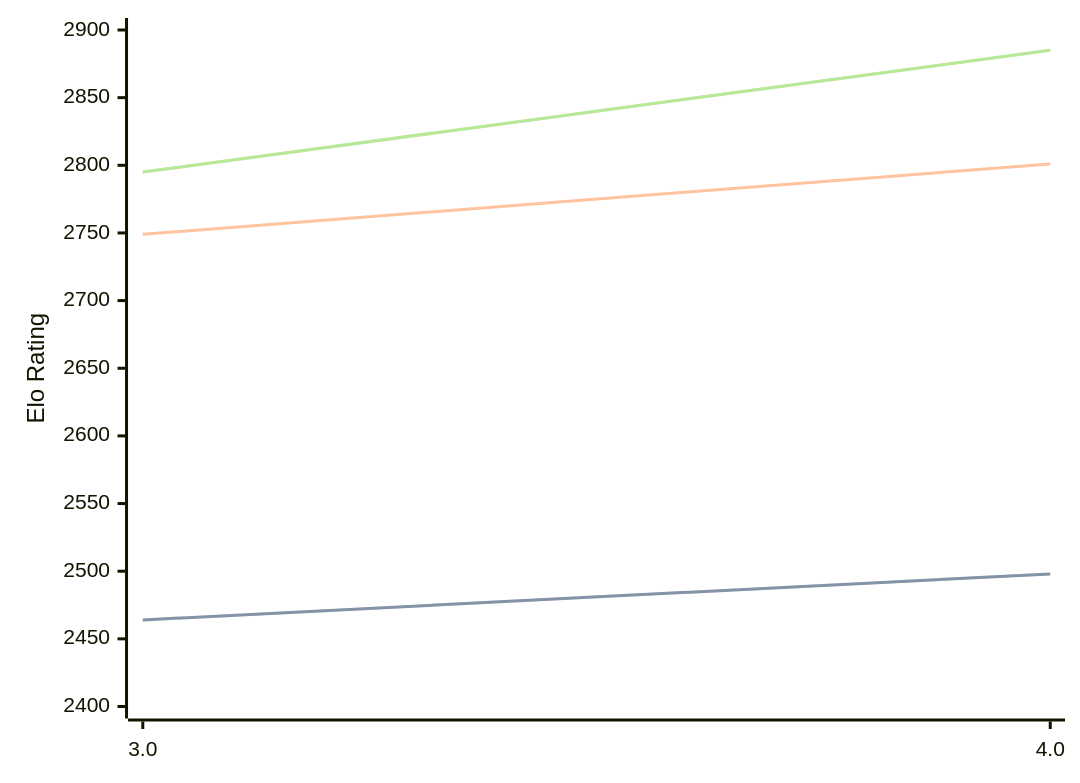
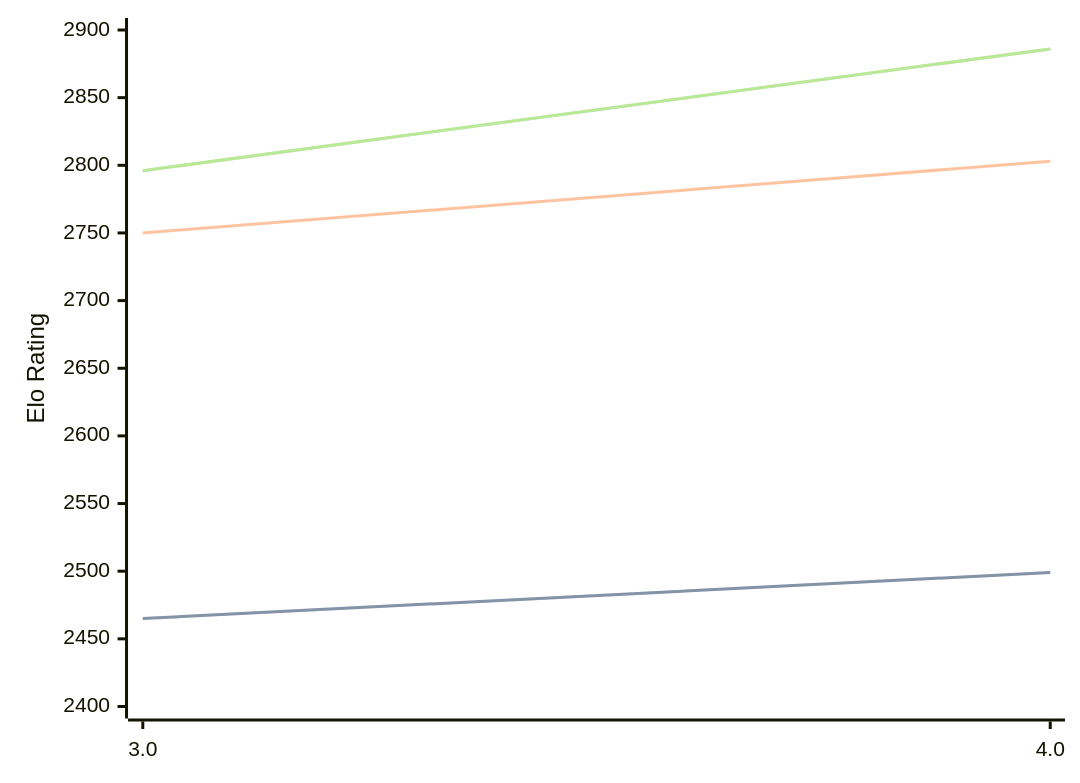
The diagram in engines/Chess3.md (computer-chess-index/cci), drawn with Mermaid before and after one commit. The commit also changed other lines of this file, not shown here.

Commit message:
Update CCI Ratings (ELO VLTC) - 2026-08-22

````diff
--- a/engines/Chess3.md
+++ b/engines/Chess3.md
@@ -32,11 +32,11 @@
 ```mermaid
 %%{init: {"theme":"base","themeVariables":{"seriesColors:['#a3a3a3','#222221','#faa371']}}}%%
 xychart-beta
   x-axis ["3.0", "4.0"]
   y-axis "Elo Rating" 2400 --> 2900
-  line "STC (8.0+0.08s)" [2464, 2498]
-  line "STC (8.0+0.08s)" [2464, 2498]
-  line "LTC (60.0+0.60s)" [2749, 2801]
-  line "VLTC (2m24s+1.12s)" [2795, 2885]
-  line "VLTC (2m24s+1.12s)" [2795, 2885]
+  line "STC (8.0+0.08s)" [2465, 2499]
+  line "STC (8.0+0.08s)" [2465, 2499]
+  line "LTC (60.0+0.60s)" [2750, 2803]
+  line "VLTC (2m24s+1.12s)" [2796, 2886]
+  line "VLTC (2m24s+1.12s)" [2796, 2886]
 ```
````
